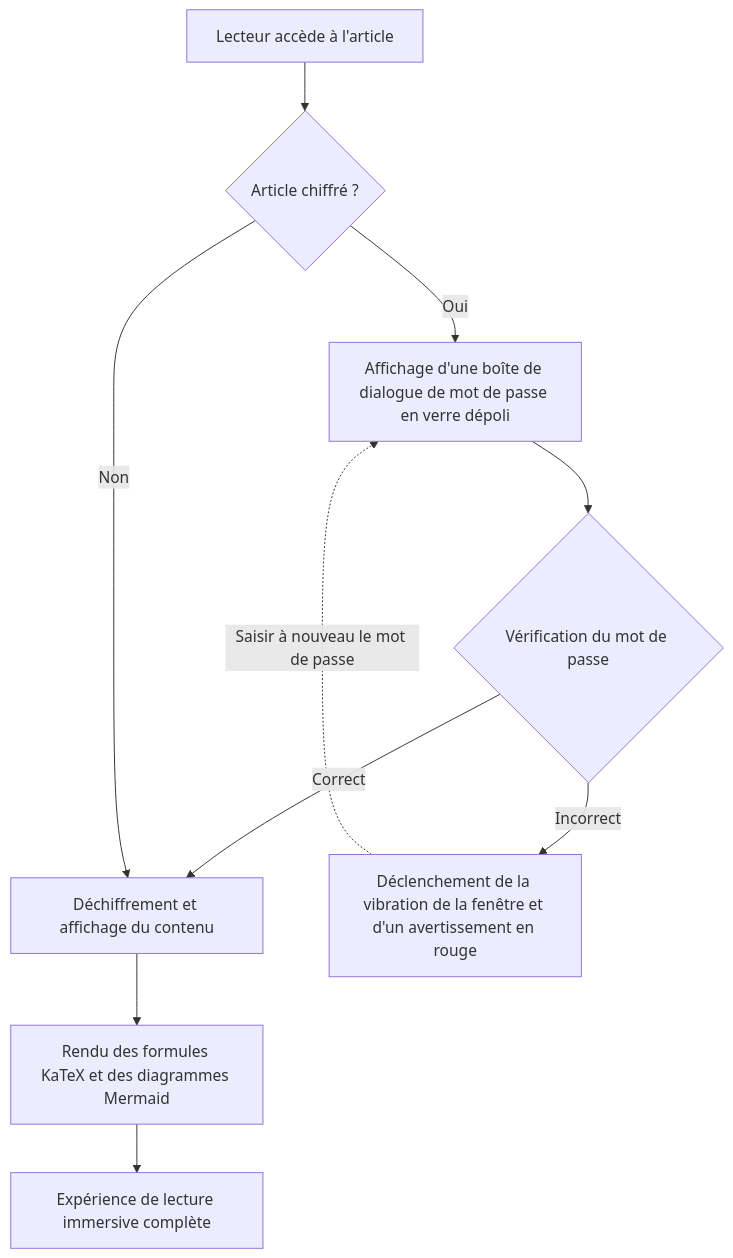
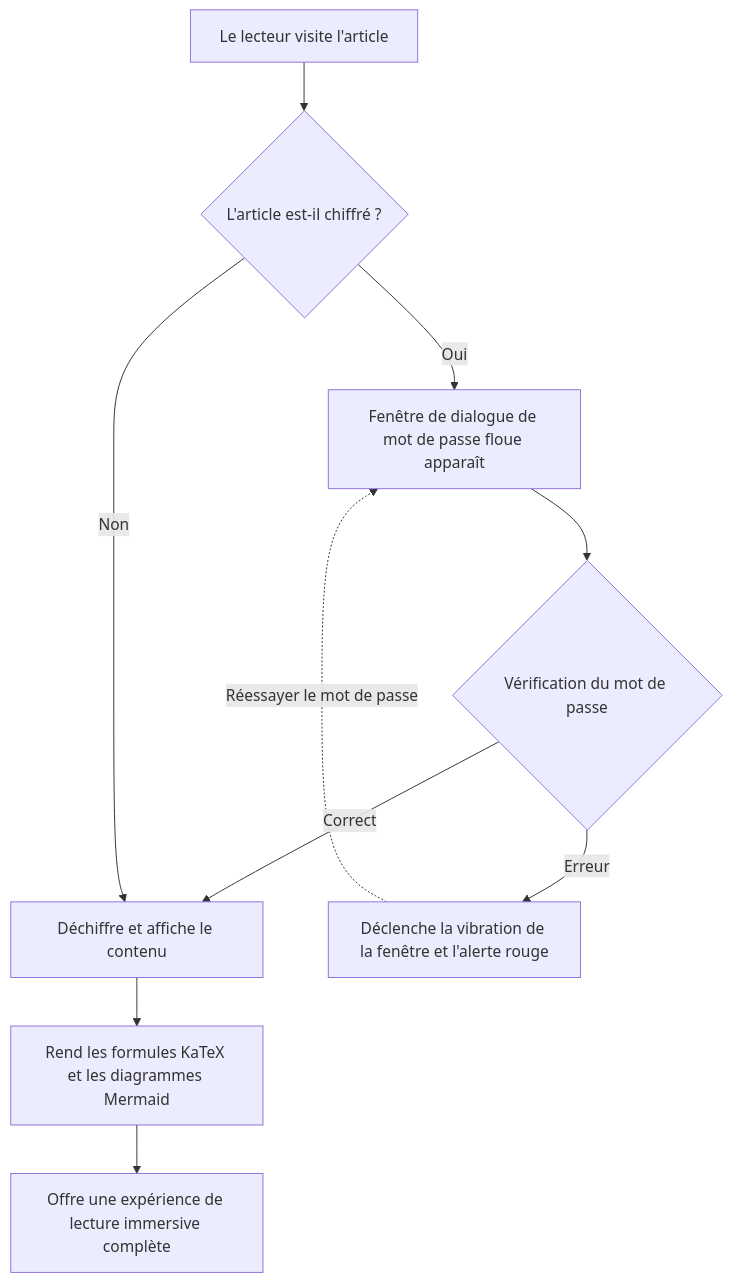
One commit to shijianus/astro-theme-shijianus changed the first of 2 diagrams in src/content/posts/content-formats-and-markup-mastery-fr.md. Above: the diagram before and after it, drawn with Mermaid. The commit also changed other lines of this file and 10 other files, not shown here.

````diff
--- a/src/content/posts/content-formats-and-markup-mastery-fr.md
+++ b/src/content/posts/content-formats-and-markup-mastery-fr.md
@@ -959,12 +953,12 @@
 ```mermaid
 flowchart TD
-    A[Lecteur accède à l'article] --> B{Article chiffré ?}
-    B -- Oui --> C[Affichage d'une boîte de dialogue de mot de passe en verre dépoli]
+    A[Le lecteur visite l'article] --> B{L'article est-il chiffré ?}
+    B -- Oui --> C[Fenêtre de dialogue de mot de passe floue apparaît]
     C --> D{Vérification du mot de passe}
-    D -- Correct --> E[Déchiffrement et affichage du contenu]
-    D -- Incorrect --> F[Déclenchement de la vibration de la fenêtre et d'un avertissement en rouge]
-    F -. Saisir à nouveau le mot de passe .-> C
+    D -- Correct --> E[Déchiffre et affiche le contenu]
+    D -- Erreur --> F[Déclenche la vibration de la fenêtre et l'alerte rouge]
+    F -. Réessayer le mot de passe .-> C
     B -- Non --> E
-    E --> G[Rendu des formules KaTeX et des diagrammes Mermaid]
-    G --> H[Expérience de lecture immersive complète]
+    E --> G[Rend les formules KaTeX et les diagrammes Mermaid]
+    G --> H[Offre une expérience de lecture immersive complète]
 ```
````
